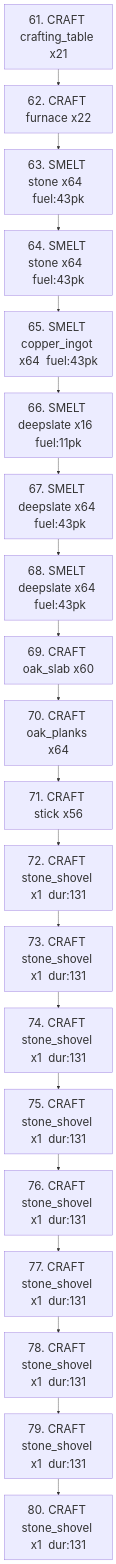
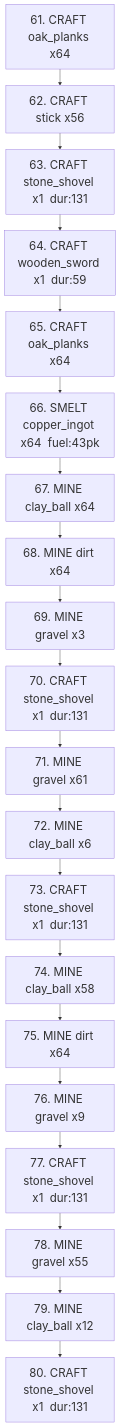
Before and after one commit to sdace9719/minecraft-planner: the diagram in debug_utitlities/queue_batch_04.mmd, drawn with Mermaid. The commit also changed 23 other files, not shown here.

```diff
--- a/debug_utitlities/queue_batch_04.mmd
+++ b/debug_utitlities/queue_batch_04.mmd
@@ -1,44 +1,44 @@
 %%{init: {'flowchart': {'nodeSpacing': 10, 'rankSpacing': 40, 'padding': 16}, 'themeVariables': {'fontSize': '28px'}} }%%
 flowchart TD
     %% Phase 5 Execution Queue — tasks 61–80
 
-    n1["61. CRAFT crafting_table x21"]
-    n2["62. CRAFT furnace x22"]
-    n3["63. SMELT stone x64  fuel:43pk"]
-    n4["64. SMELT stone x64  fuel:43pk"]
-    n5["65. SMELT copper_ingot x64  fuel:43pk"]
-    n6["66. SMELT deepslate x16  fuel:11pk"]
-    n7["67. SMELT deepslate x64  fuel:43pk"]
-    n8["68. SMELT deepslate x64  fuel:43pk"]
-    n9["69. CRAFT oak_slab x60"]
-    n10["70. CRAFT oak_planks x64"]
-    n11["71. CRAFT stick x56"]
-    n12["72. CRAFT stone_shovel x1  dur:131"]
+    n1["61. CRAFT oak_planks x64"]
+    n2["62. CRAFT stick x56"]
+    n3["63. CRAFT stone_shovel x1  dur:131"]
+    n4["64. CRAFT wooden_sword x1  dur:59"]
+    n5["65. CRAFT oak_planks x64"]
+    n6["66. SMELT copper_ingot x64  fuel:43pk"]
+    n7["67. MINE clay_ball x64"]
+    n8["68. MINE dirt x64"]
+    n9["69. MINE gravel x3"]
+    n10["70. CRAFT stone_shovel x1  dur:131"]
+    n11["71. MINE gravel x61"]
+    n12["72. MINE clay_ball x6"]
     n13["73. CRAFT stone_shovel x1  dur:131"]
-    n14["74. CRAFT stone_shovel x1  dur:131"]
-    n15["75. CRAFT stone_shovel x1  dur:131"]
-    n16["76. CRAFT stone_shovel x1  dur:131"]
+    n14["74. MINE clay_ball x58"]
+    n15["75. MINE dirt x64"]
+    n16["76. MINE gravel x9"]
     n17["77. CRAFT stone_shovel x1  dur:131"]
-    n18["78. CRAFT stone_shovel x1  dur:131"]
-    n19["79. CRAFT stone_shovel x1  dur:131"]
+    n18["78. MINE gravel x55"]
+    n19["79. MINE clay_ball x12"]
     n20["80. CRAFT stone_shovel x1  dur:131"]
 
     n1 --> n2
     n2 --> n3
     n3 --> n4
     n4 --> n5
     n5 --> n6
     n6 --> n7
     n7 --> n8
     n8 --> n9
     n9 --> n10
     n10 --> n11
     n11 --> n12
     n12 --> n13
     n13 --> n14
     n14 --> n15
     n15 --> n16
     n16 --> n17
     n17 --> n18
     n18 --> n19
     n19 --> n20
```
